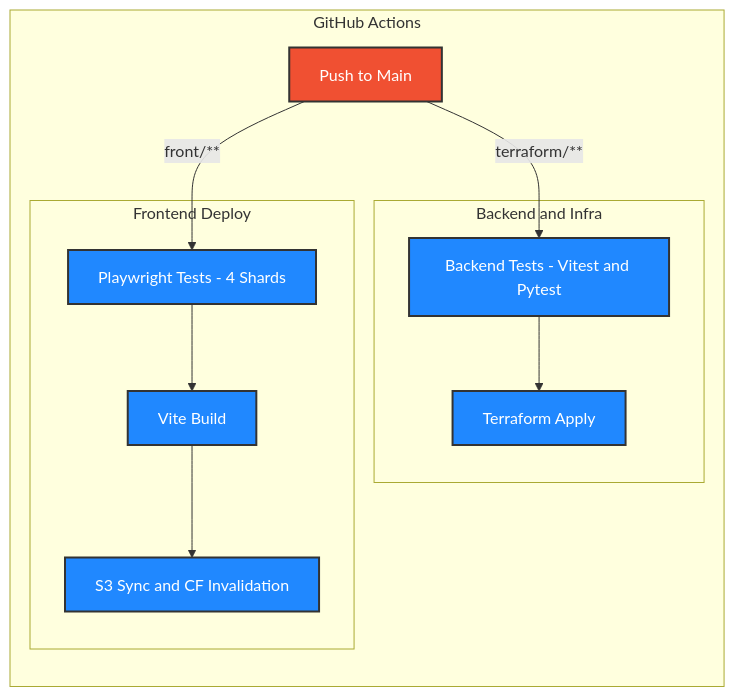
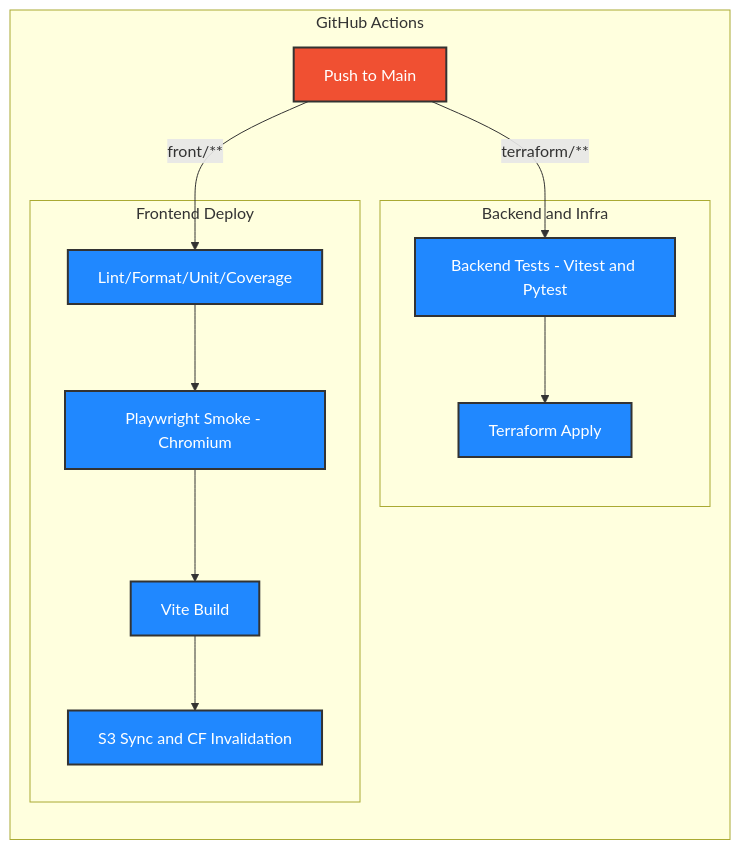
One commit to eaganro/MinutesMap changed the second of 2 diagrams in README.md. Above: the diagram before and after it, drawn with Mermaid. The commit also changed other lines of this file and 7 other files, not shown here.

Commit message:
front: tighten smoke e2e and quality workflow

````diff
--- a/README.md
+++ b/README.md
@@ -304,28 +306,29 @@
 ```mermaid
 flowchart LR
     %% Styles
     classDef git fill:#F05032,stroke:#333,stroke-width:2px,color:white;
     classDef action fill:#2088FF,stroke:#333,stroke-width:2px,color:white;
     classDef aws fill:#FF9900,stroke:#232F3E,stroke-width:2px,color:white;
 
     subgraph GitHub_Actions["GitHub Actions"]
         direction TB
         Push["Push to Main"]:::git
 
         subgraph Infra_Job["Backend and Infra"]
             PyTest["Backend Tests - Vitest and Pytest"]:::action
             TF["Terraform Apply"]:::action
             PyTest --> TF
         end
 
         subgraph Front_Job["Frontend Deploy"]
-            Test["Playwright Tests - 4 Shards"]:::action
+            Quality["Lint/Format/Unit/Coverage"]:::action
+            Test["Playwright Smoke - Chromium"]:::action
             Build["Vite Build"]:::action
             Sync["S3 Sync and CF Invalidation"]:::action
-            Test --> Build --> Sync
+            Quality --> Test --> Build --> Sync
         end
     end
 
     Push -->|terraform/**| PyTest
-    Push -->|front/**| Test
+    Push -->|front/**| Quality
 ```
````
